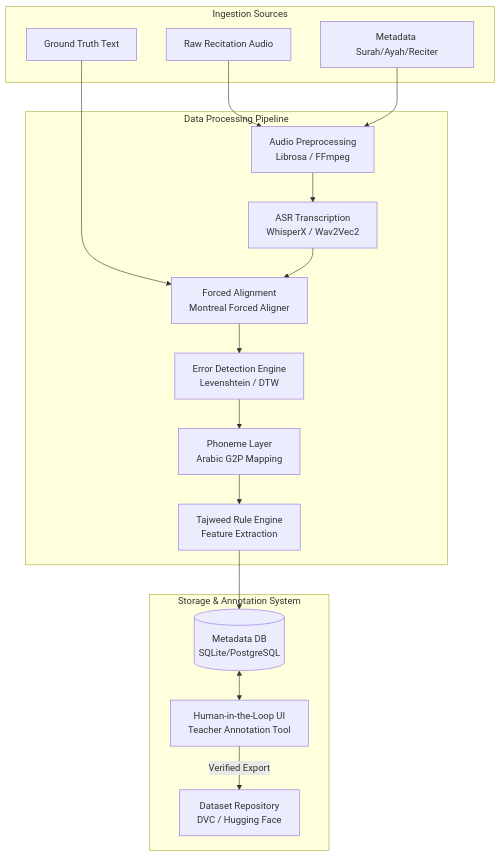
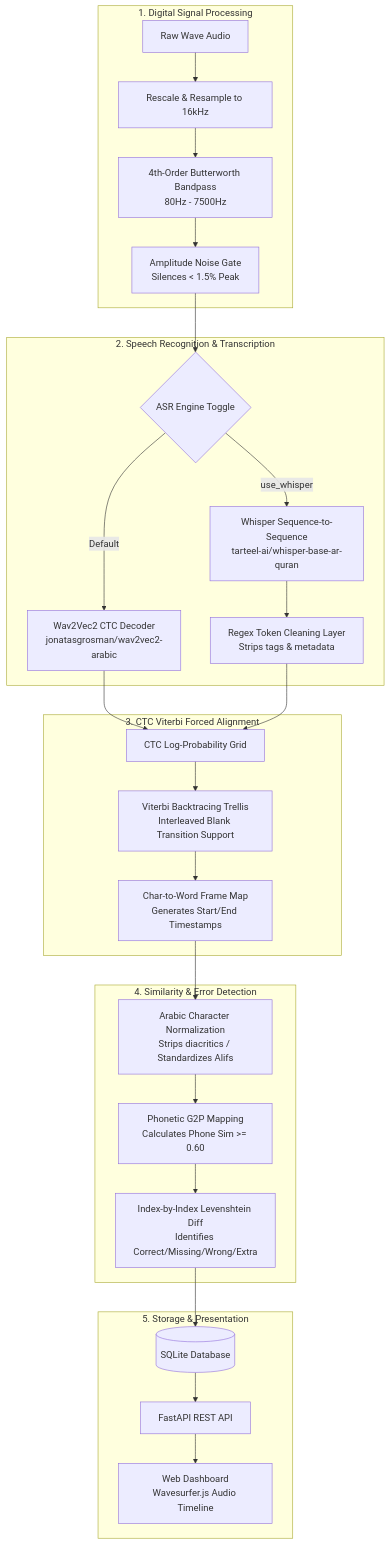
Before and after one commit to YasserYG8/Tajweed-AI: the diagram in system_architecture.md, drawn with Mermaid. The commit also changed other lines of this file and 14 other files, not shown here.

````diff
--- a/system_architecture.md
+++ b/system_architecture.md
@@ -13,38 +11,38 @@
 ```mermaid
 graph TD
-    %% Inputs
-    subgraph Inputs [Ingestion Sources]
-        A1[Raw Recitation Audio]
-        A2[Ground Truth Text]
-        A3[Metadata Surah/Ayah/Reciter]
+    %% Audio Block
+    subgraph DSP [1. Digital Signal Processing]
+        Raw[Raw Wave Audio] --> Resample[Rescale & Resample to 16kHz]
+        Resample --> Butterworth[4th-Order Butterworth Bandpass<br/>80Hz - 7500Hz]
+        Butterworth --> NoiseGate[Amplitude Noise Gate<br/>Silences < 1.5% Peak]
     end
 
-    %% Processing Pipeline
-    subgraph Pipeline [Data Processing Pipeline]
-        P1[Audio Preprocessing<br/>Librosa / FFmpeg]
-        P2[ASR Transcription<br/>WhisperX / Wav2Vec2]
-        P3[Forced Alignment<br/>Montreal Forced Aligner]
-        P4[Error Detection Engine<br/>Levenshtein / DTW]
-        P5[Phoneme Layer<br/>Arabic G2P Mapping]
-        P6[Tajweed Rule Engine<br/>Feature Extraction]
+    %% ASR Block
+    subgraph ASR [2. Speech Recognition & Transcription]
+        NoiseGate --> STT_Select{ASR Engine Toggle}
+        STT_Select -->|Default| Wav2Vec2[Wav2Vec2 CTC Decoder<br/>jonatasgrosman/wav2vec2-arabic]
+        STT_Select -->|use_whisper| Whisper[Whisper Sequence-to-Sequence<br/>tarteel-ai/whisper-base-ar-quran]
+        Whisper --> WhisperClean[Regex Token Cleaning Layer<br/>Strips tags & metadata]
     end
 
-    %% Storage & HIL
-    subgraph Core [Storage & Annotation System]
-        DB[(Metadata DB<br/>SQLite/PostgreSQL)]
-        UI[Human-in-the-Loop UI<br/>Teacher Annotation Tool]
-        DVC[Dataset Repository<br/>DVC / Hugging Face]
+    %% Alignment Block
+    subgraph Alignment [3. CTC Viterbi Forced Alignment]
+        Wav2Vec2 & WhisperClean --> Logits[CTC Log-Probability Grid]
+        Logits --> Viterbi[Viterbi Backtracing Trellis<br/>Interleaved Blank Transition Support]
+        Viterbi --> WordMap[Char-to-Word Frame Map<br/>Generates Start/End Timestamps]
     end
 
-    %% Flow Connections
-    A1 & A3 --> P1
-    A2 --> P3
-    P1 --> P2
-    P2 --> P3
-    P3 --> P4
-    P4 --> P5
-    P5 --> P6
-    P6 --> DB
-    DB <--> UI
-    UI -->|Verified Export| DVC
+    %% Error Engine
+    subgraph Matcher [4. Similarity & Error Detection]
+        WordMap --> Normalize[Arabic Character Normalization<br/>Strips diacritics / Standardizes Alifs]
+        Normalize --> Phonetic[Phonetic G2P Mapping<br/>Calculates Phone Sim >= 0.60]
+        Phonetic --> Levenshtein[Index-by-Index Levenshtein Diff<br/>Identifies Correct/Missing/Wrong/Extra]
+    end
+
+    %% Storage & UI
+    subgraph Output [5. Storage & Presentation]
+        Levenshtein --> SQL[(SQLite Database)]
+        SQL --> FastAPI[FastAPI REST API]
+        FastAPI --> WebUI[Web Dashboard<br/>Wavesurfer.js Audio Timeline]
+    end
 ```
````
